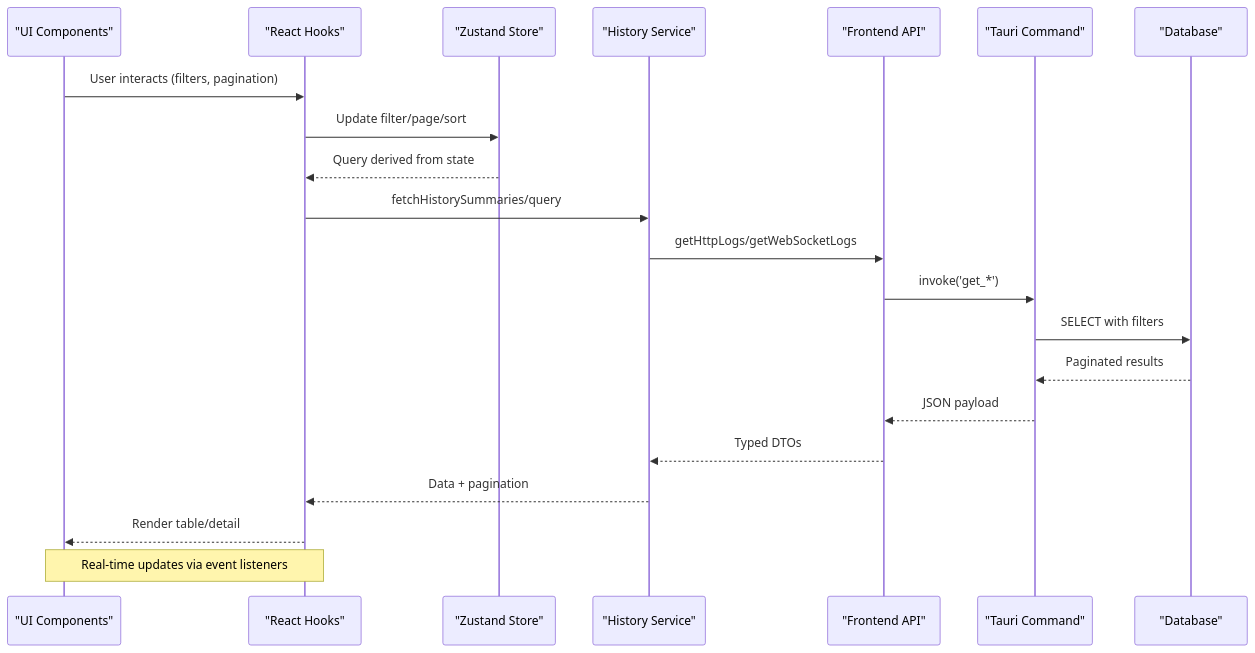
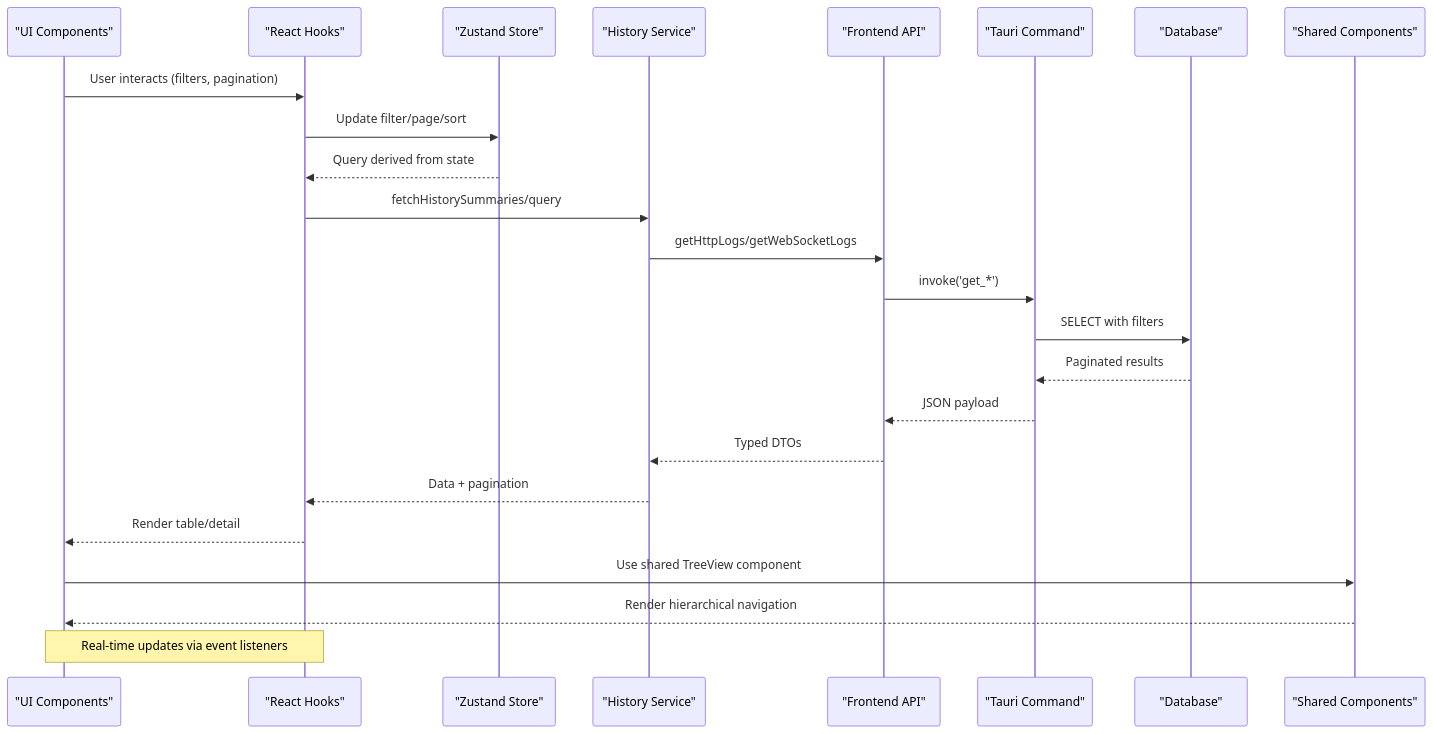
The second of 8 diagrams in .qoder/repowiki/en/content/Live Traffic Analysis/Live Traffic Analysis.md (arhamymr/hexbuffer), drawn with Mermaid before and after one commit. The commit also changed other lines of this file and 21 other files, not shown here.

````diff
--- a/.qoder/repowiki/en/content/Live Traffic Analysis/Live Traffic Analysis.md
+++ b/.qoder/repowiki/en/content/Live Traffic Analysis/Live Traffic Analysis.md
@@ -140,23 +174,26 @@
 ```mermaid
 sequenceDiagram
 participant UI as "UI Components"
 participant Hooks as "React Hooks"
 participant Store as "Zustand Store"
 participant Service as "History Service"
 participant API as "Frontend API"
 participant Cmd as "Tauri Command"
 participant DB as "Database"
+participant SharedComp as "Shared Components"
 UI->>Hooks : User interacts (filters, pagination)
 Hooks->>Store : Update filter/page/sort
 Store-->>Hooks : Query derived from state
 Hooks->>Service : fetchHistorySummaries/query
 Service->>API : getHttpLogs/getWebSocketLogs
 API->>Cmd : invoke('get_*')
 Cmd->>DB : SELECT with filters
 DB-->>Cmd : Paginated results
 Cmd-->>API : JSON payload
 API-->>Service : Typed DTOs
 Service-->>Hooks : Data + pagination
 Hooks-->>UI : Render table/detail
+UI->>SharedComp : Use shared TreeView component
+SharedComp-->>UI : Render hierarchical navigation
 Note over Hooks,UI : Real-time updates via event listeners
 ```
````
